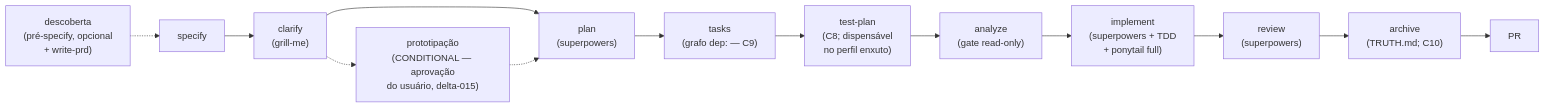
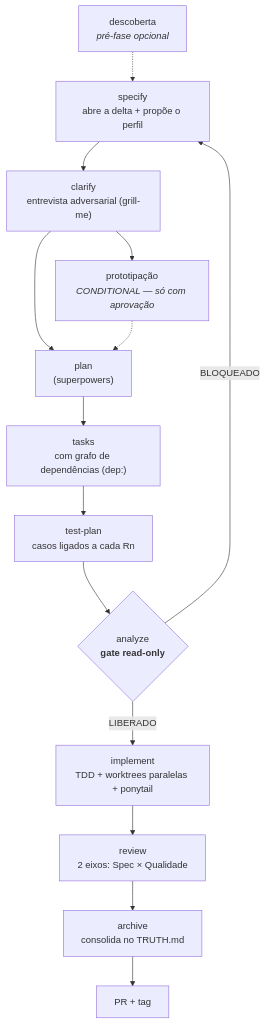
Before and after one commit to iuripereira/deltaspec: the third of 6 diagrams in README.md, drawn with Mermaid. The commit also changed other lines of this file and 1 other file, not shown here.

First line of the commit message:
docs(readme): reescreve o README em chave didática, com diagramas Mermaid (#66)

````diff
--- a/README.md
+++ b/README.md
@@ -22,14 +158,16 @@
 ```mermaid
-flowchart LR
-    descoberta["descoberta<br>(pré-specify, opcional<br>+ write-prd)"] -.-> specify
-    specify --> clarify["clarify<br>(grill-me)"]
-    clarify --> plan["plan<br>(superpowers)"]
-    clarify -.-> prototipo["prototipação<br>(CONDITIONAL — aprovação<br>do usuário, delta-015)"] -.-> plan
-    plan --> tasks["tasks<br>(grafo dep: — C9)"]
-    tasks --> testplan["test-plan<br>(C8; dispensável<br>no perfil enxuto)"]
-    testplan --> analyze["analyze<br>(gate read-only)"]
-    analyze --> implement["implement<br>(superpowers + TDD<br>+ ponytail full)"]
-    implement --> review["review<br>(superpowers)"]
-    review --> archive["archive<br>(TRUTH.md; C10)"]
-    archive --> PR
+flowchart TD
+    desc["descoberta<br><i>pré-fase opcional</i>"] -.-> spec
+    spec["specify<br>abre a delta + propõe o perfil"] --> cla["clarify<br>entrevista adversarial (grill-me)"]
+    cla --> proto["prototipação<br><i>CONDITIONAL — só com aprovação</i>"]
+    cla --> plan
+    proto -.-> plan["plan<br>(superpowers)"]
+    plan --> tk["tasks<br>com grafo de dependências (dep:)"]
+    tk --> tp["test-plan<br>casos ligados a cada Rn"]
+    tp --> an{"analyze<br><b>gate read-only</b>"}
+    an -->|BLOQUEADO| spec
+    an -->|LIBERADO| imp["implement<br>TDD + worktrees paralelas + ponytail"]
+    imp --> rev["review<br>2 eixos: Spec × Qualidade"]
+    rev --> arc["archive<br>consolida no TRUTH.md"]
+    arc --> pr["PR + tag"]
 ```
````
